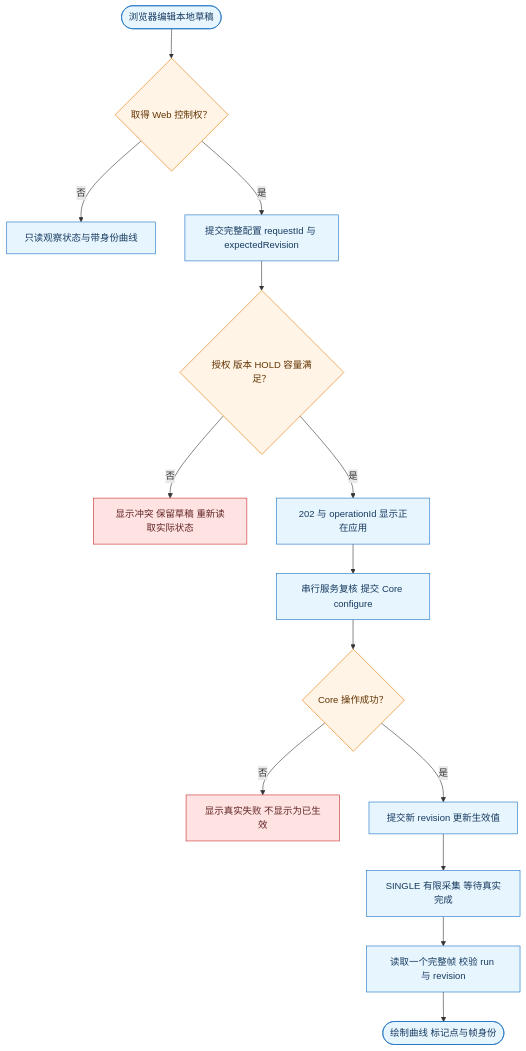
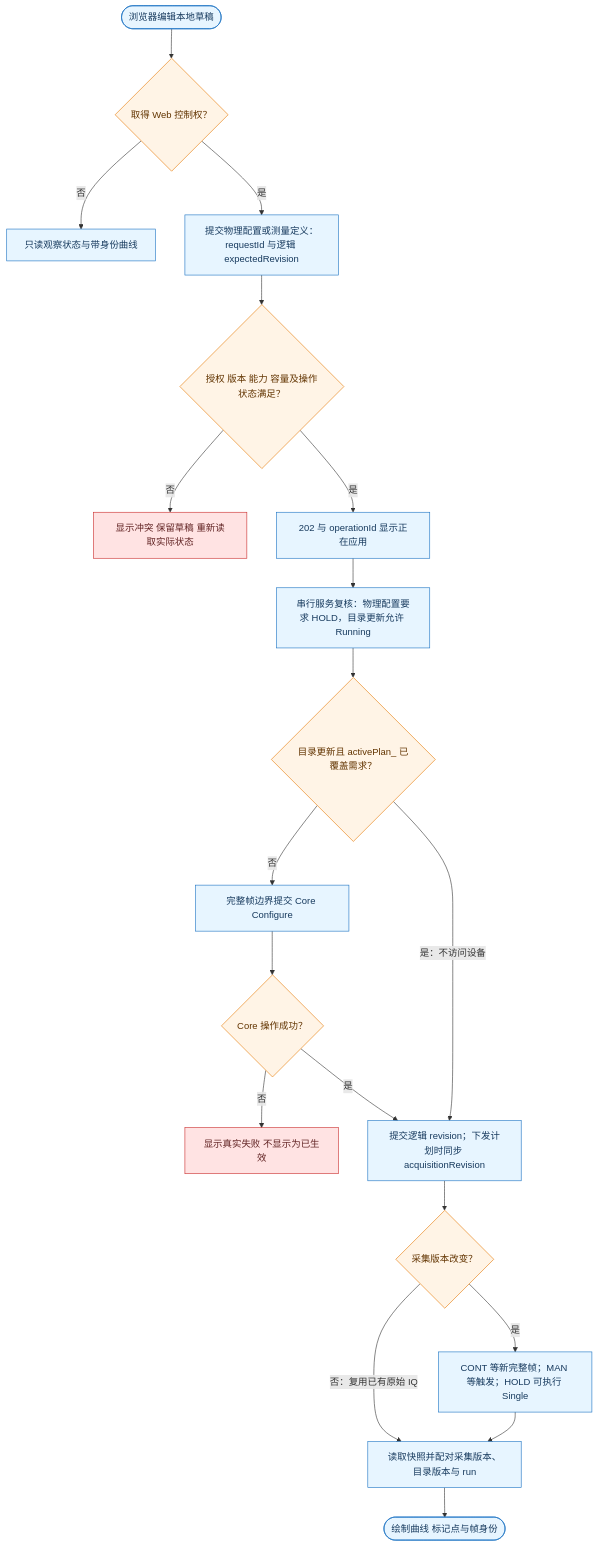
The fourth of 4 diagrams in docs/网分服务与远程控制设计.md (aniping/VnaPro), drawn with Mermaid before and after one commit. The commit also changed other lines of this file and 7 other files, not shown here.

````diff
--- a/docs/网分服务与远程控制设计.md
+++ b/docs/网分服务与远程控制设计.md
@@ -381,30 +397,39 @@
 ```mermaid
 flowchart TB
     begin(["浏览器编辑本地草稿"])
     claim{"取得 Web 控制权？"}
     observe["只读观察状态与带身份曲线"]
-    submit["提交完整配置 requestId 与 expectedRevision"]
-    admission{"授权 版本 HOLD 容量满足？"}
+    submit["提交物理配置或测量定义：requestId 与逻辑 expectedRevision"]
+    admission{"授权 版本 能力 容量及操作状态满足？"}
     reject["显示冲突 保留草稿 重新读取实际状态"]
     pending["202 与 operationId 显示正在应用"]
-    execute["串行服务复核 提交 Core configure"]
+    execute["串行服务复核：物理配置要求 HOLD，目录更新允许 Running"]
+    covered{"目录更新且 activePlan_ 已覆盖需求？"}
+    configure["完整帧边界提交 Core Configure"]
     result{"Core 操作成功？"}
     failure["显示真实失败 不显示为已生效"]
-    applied["提交新 revision 更新生效值"]
-    single["SINGLE 有限采集 等待真实完成"]
-    frame["读取一个完整帧 校验 run 与 revision"]
+    applied["提交逻辑 revision；下发计划时同步 acquisitionRevision"]
+    changed{"采集版本改变？"}
+    acquire["CONT 等新完整帧；MAN 等触发；HOLD 可执行 Single"]
+    frame["读取快照并配对采集版本、目录版本与 run"]
     draw(["绘制曲线 标记点与帧身份"])
     begin --> claim
     claim -->|否| observe
     claim -->|是| submit --> admission
     admission -->|否| reject
-    admission -->|是| pending --> execute --> result
+    admission -->|是| pending --> execute --> covered
+    covered -->|是：不访问设备| applied
+    covered -->|否| configure --> result
     result -->|否| failure
-    result -->|是| applied --> single --> frame --> draw
+    result -->|是| applied
+    applied --> changed
+    changed -->|是| acquire --> frame
+    changed -->|否：复用已有原始 IQ| frame
+    frame --> draw
     classDef action fill:#e7f5ff,stroke:#1971c2,color:#173a5e;
     classDef decision fill:#fff4e6,stroke:#e67700,color:#623400;
     classDef failed fill:#ffe3e3,stroke:#c92a2a,color:#612323;
-    class begin,observe,submit,pending,execute,applied,single,frame,draw action;
-    class claim,admission,result decision;
+    class begin,observe,submit,pending,execute,configure,applied,acquire,frame,draw action;
+    class claim,admission,covered,result,changed decision;
     class reject,failure failed;
 ```
````
